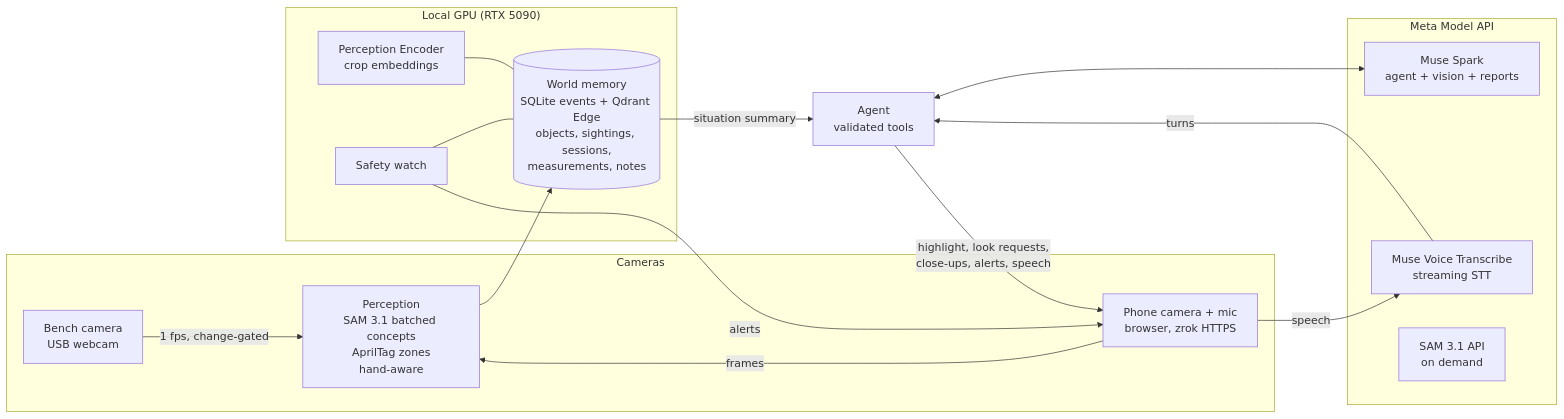
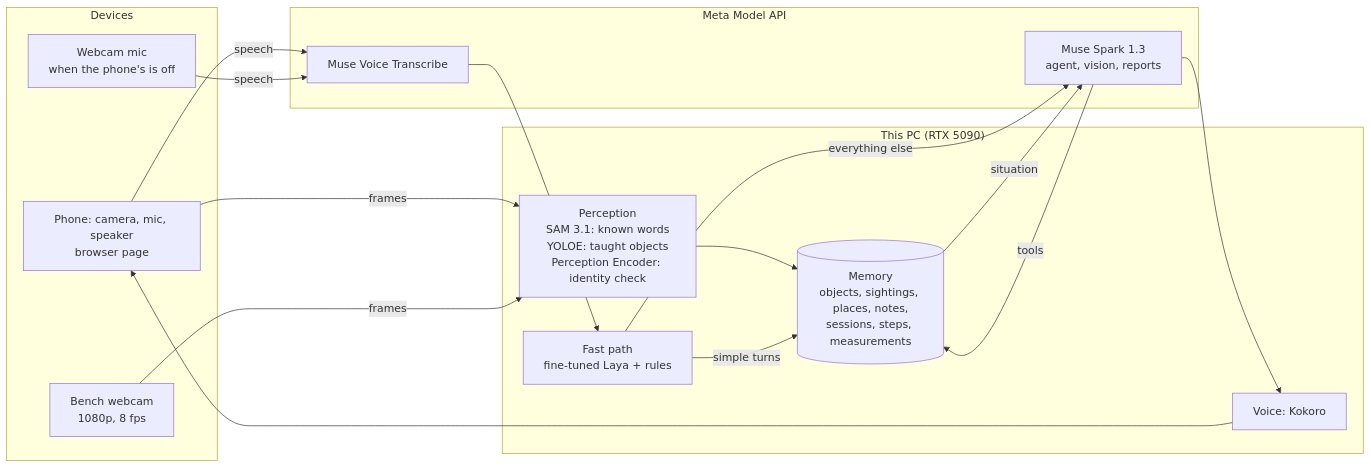
The diagram in README.md (shashanka300/Forgemind), drawn with Mermaid before and after one commit. The commit also changed other lines of this file and 3 other files, not shown here.

````diff
--- a/README.md
+++ b/README.md
@@ -44,22 +35,28 @@
 ```mermaid
 flowchart LR
-  subgraph Cameras
-    B[Bench camera<br/>USB webcam] -->|1 fps, change-gated| P
-    PH[Phone camera + mic<br/>browser, zrok HTTPS] -->|frames| P
+  subgraph Devices
+    PH[Phone: camera, mic, speaker<br/>browser page]
+    B[Bench webcam<br/>1080p, 8 fps]
+    DM[Webcam mic<br/>when the phone's is off]
   end
-  subgraph Local["Local GPU (RTX 5090)"]
-    P[Perception<br/>SAM 3.1 batched concepts<br/>AprilTag zones<br/>hand-aware] --> M
-    E[Perception Encoder<br/>crop embeddings] --- M
-    M[(World memory<br/>SQLite events + Qdrant Edge<br/>objects, sightings, sessions,<br/>measurements, notes)]
-    S[Safety watch] --- M
+  subgraph Local["This PC (RTX 5090)"]
+    P[Perception<br/>SAM 3.1: known words<br/>YOLOE: taught objects<br/>Perception Encoder: identity check]
+    M[(Memory<br/>objects, sightings, places, notes,<br/>sessions, steps, measurements)]
+    S1[Fast path<br/>fine-tuned Laya + rules]
+    V[Voice: Kokoro]
   end
   subgraph Meta["Meta Model API"]
-    SP[Muse Spark<br/>agent + vision + reports]
-    VT[Muse Voice Transcribe<br/>streaming STT]
-    SA[SAM 3.1 API<br/>on demand]
+    SP[Muse Spark 1.3<br/>agent, vision, reports]
+    VT[Muse Voice Transcribe]
   end
-  PH -->|speech| VT -->|turns| A
-  M -->|situation summary| A[Agent<br/>validated tools] <--> SP
-  A -->|highlight, look requests,<br/>close-ups, alerts, speech| PH
-  S -->|alerts| PH
+  PH -- frames --> P
+  B -- frames --> P
+  P --> M
+  PH -- speech --> VT --> S1
+  DM -- speech --> VT
+  S1 -- simple turns --> M
+  S1 -- everything else --> SP
+  M -- situation --> SP
+  SP -- tools --> M
+  SP --> V --> PH
 ```
````
